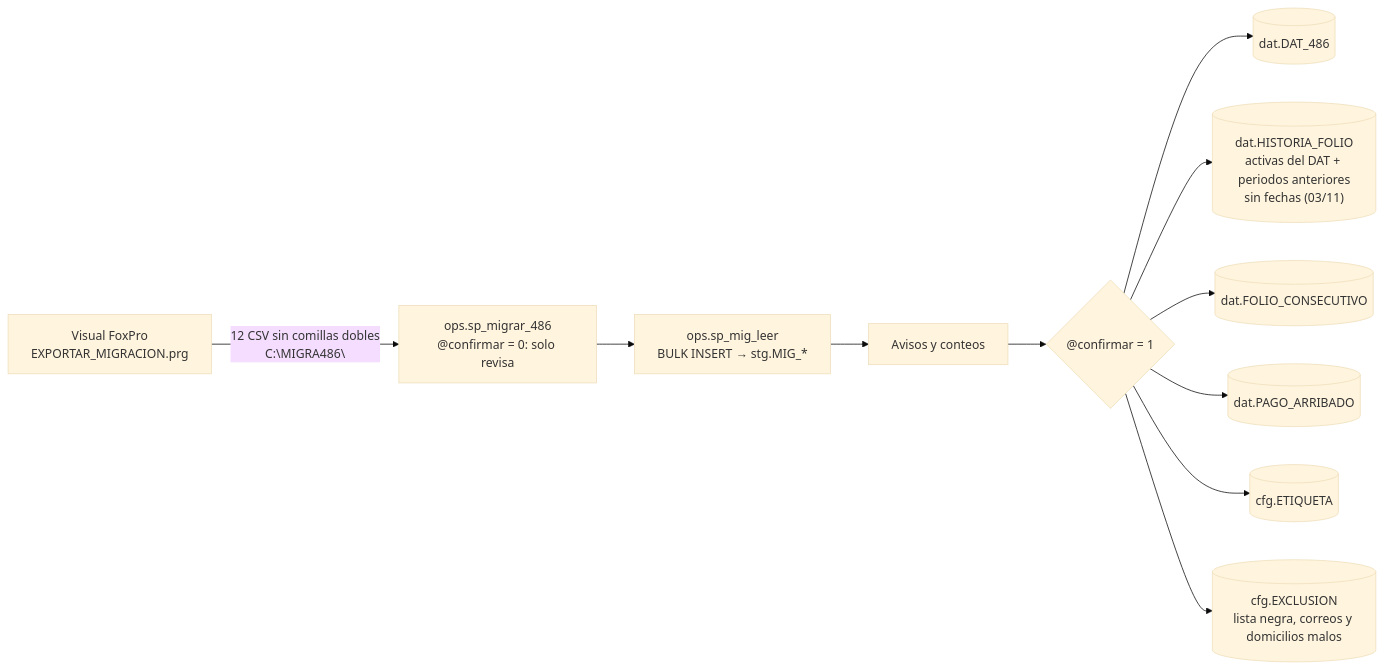
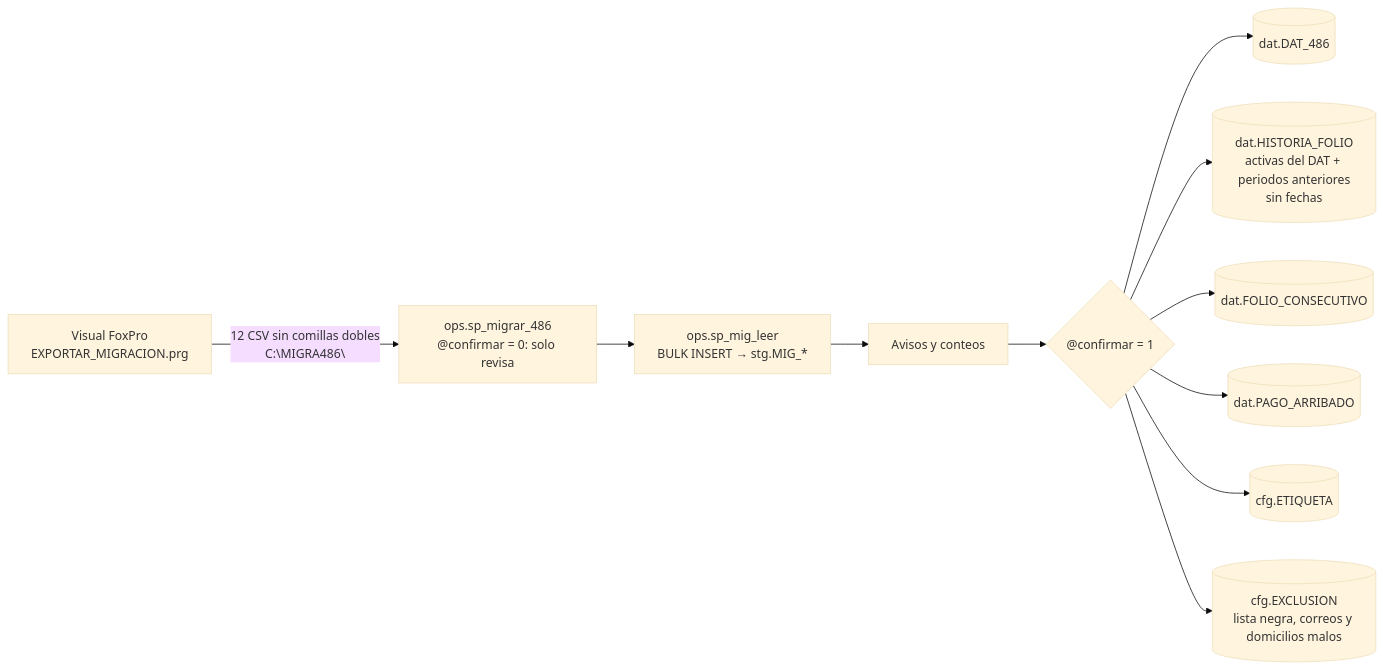
Before and after one commit to 0marMF/Banbaj: the diagram in docs/flujo/mmd/08_migracion.mmd, drawn with Mermaid (base theme). The commit also changed 33 other files, not shown here.

First line of the commit message:
Documentación: solo el estado actual, sin anotaciones de fechas ni decisiones pasadas

```diff
--- a/docs/flujo/mmd/08_migracion.mmd
+++ b/docs/flujo/mmd/08_migracion.mmd
@@ -1,11 +1,11 @@
 flowchart LR
     F["Visual FoxPro<br/>EXPORTAR_MIGRACION.prg"] -- "12 CSV sin comillas dobles<br/>C:\MIGRA486\" --> M["ops.sp_migrar_486<br/>@confirmar = 0: solo revisa"]
     M --> L["ops.sp_mig_leer<br/>BULK INSERT → stg.MIG_*"]
     L --> V["Avisos y conteos"]
     V --> C{"@confirmar = 1"}
     C --> T1[("dat.DAT_486")]
-    C --> T2[("dat.HISTORIA_FOLIO<br/>activas del DAT + periodos anteriores<br/>sin fechas (03/11)")]
+    C --> T2[("dat.HISTORIA_FOLIO<br/>activas del DAT + periodos anteriores<br/>sin fechas")]
     C --> T3[("dat.FOLIO_CONSECUTIVO")]
     C --> T4[("dat.PAGO_ARRIBADO")]
     C --> T5[("cfg.ETIQUETA")]
     C --> T6[("cfg.EXCLUSION<br/>lista negra, correos y domicilios malos")]
```
